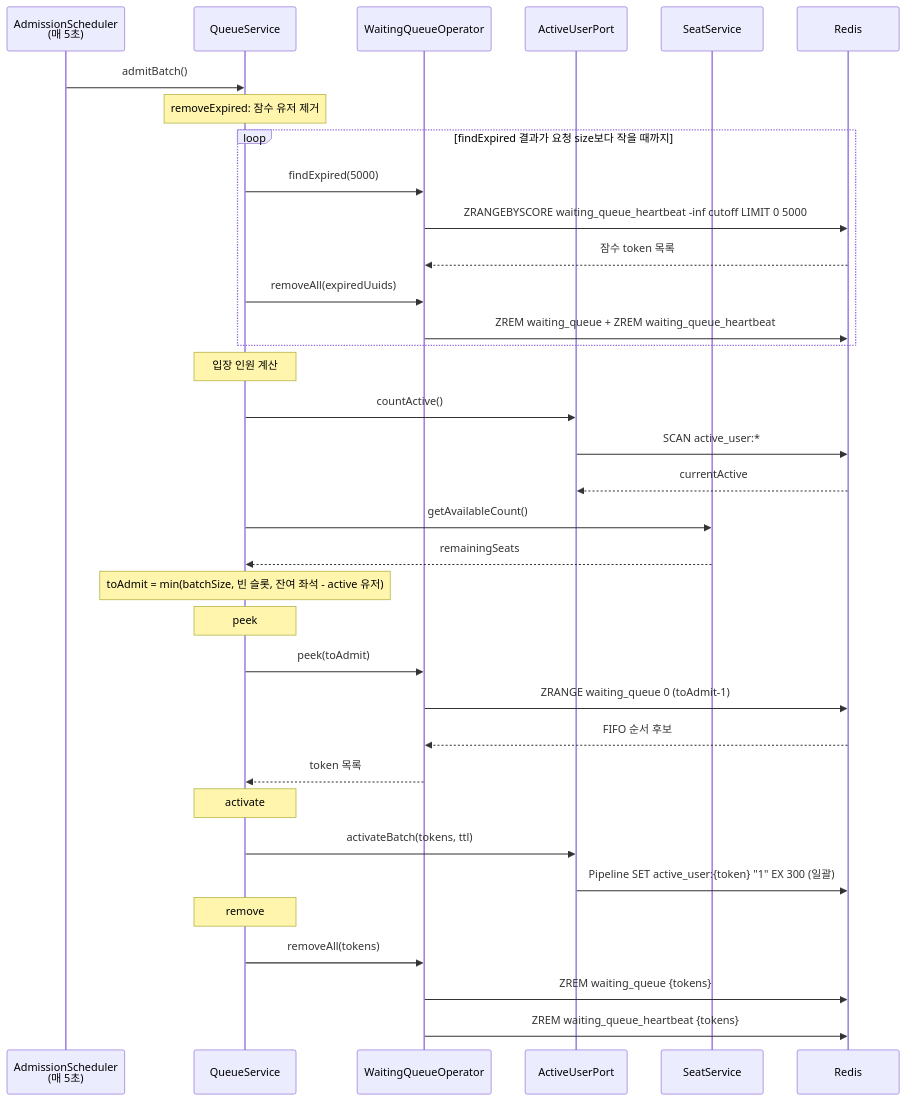
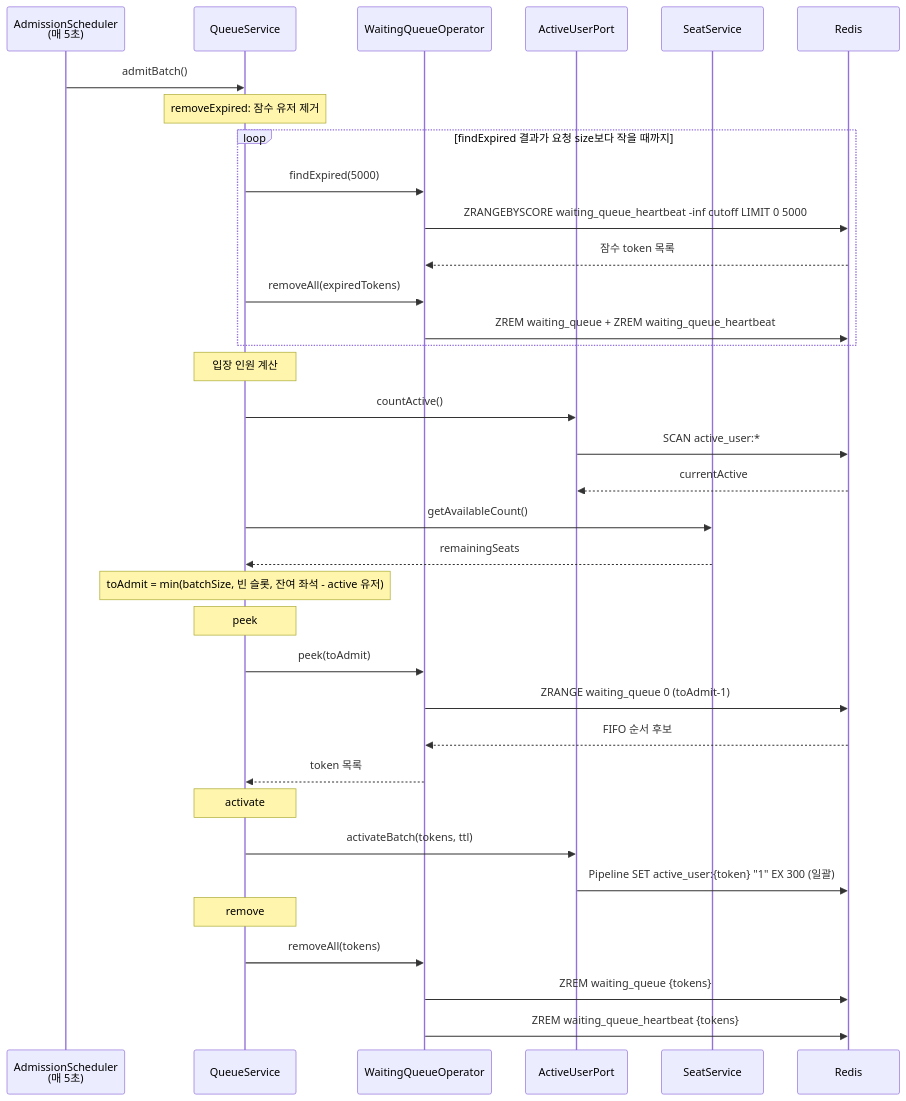
One commit to irnd04/zticket changed the fourth of 8 diagrams in README.md. Above: the diagram before and after it, drawn with Mermaid. The commit also changed 1 other file, not shown here.

Commit message:
refactor: 누락된 uuid 참조 정리 (README + purchase.html)
README의 expiredUuids → expiredTokens,
purchase.html의 sessionStorage 키 ticketUuid → ticketId로 변경합니다.

````diff
--- a/README.md
+++ b/README.md
@@ -146,43 +146,43 @@
 ```mermaid
 sequenceDiagram
     participant S as AdmissionScheduler<br/>(매 5초)
     participant Q as QueueService
     participant O as WaitingQueueOperator
     participant A as ActiveUserPort
     participant SS as SeatService
     participant R as Redis
 
     S->>Q: admitBatch()
 
     Note over Q: removeExpired: 잠수 유저 제거
     loop findExpired 결과가 요청 size보다 작을 때까지
         Q->>O: findExpired(5000)
         O->>R: ZRANGEBYSCORE waiting_queue_heartbeat -inf cutoff LIMIT 0 5000
         R-->>O: 잠수 token 목록
-        Q->>O: removeAll(expiredUuids)
+        Q->>O: removeAll(expiredTokens)
         O->>R: ZREM waiting_queue + ZREM waiting_queue_heartbeat
     end
 
     Note over Q: 입장 인원 계산
     Q->>A: countActive()
     A->>R: SCAN active_user:*
     R-->>A: currentActive
     Q->>SS: getAvailableCount()
     SS-->>Q: remainingSeats
     Note over Q: toAdmit = min(batchSize, 빈 슬롯, 잔여 좌석 - active 유저)
 
     Note over Q: peek
     Q->>O: peek(toAdmit)
     O->>R: ZRANGE waiting_queue 0 (toAdmit-1)
     R-->>O: FIFO 순서 후보
     O-->>Q: token 목록
 
     Note over Q: activate
     Q->>A: activateBatch(tokens, ttl)
     A->>R: Pipeline SET active_user:{token} "1" EX 300 (일괄)
 
     Note over Q: remove
     Q->>O: removeAll(tokens)
     O->>R: ZREM waiting_queue {tokens}
     O->>R: ZREM waiting_queue_heartbeat {tokens}
 ```
````
